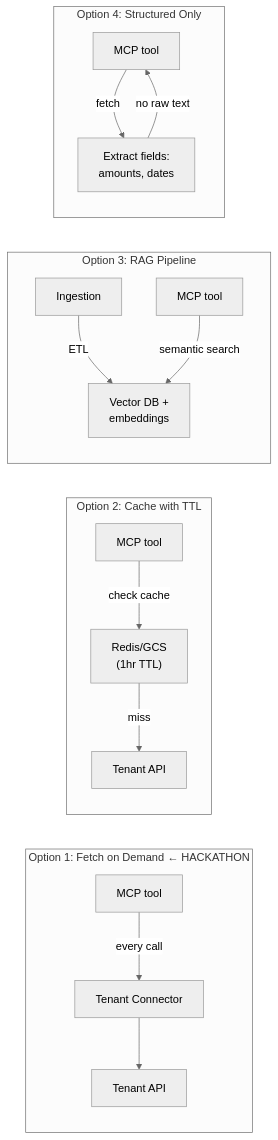
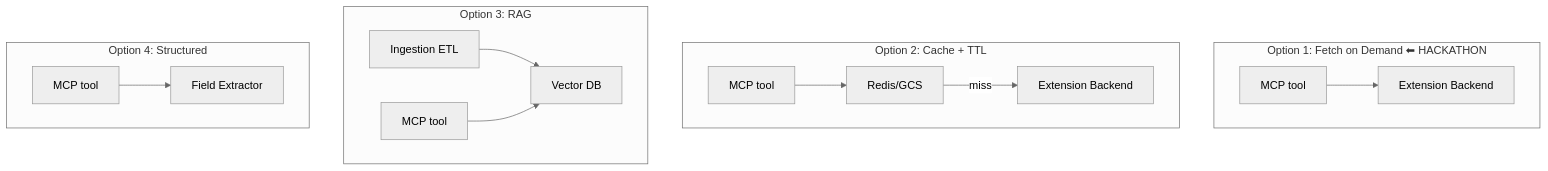
One commit to vinismoraes/hackathon-agent-documents changed diagram 11 of 16 in PLAN.md. Above: the diagram before and after it, drawn with Mermaid (neutral theme). The commit also changed other lines of this file, not shown here.

First line of the commit message:
Simplify Mermaid diagrams for readability

````diff
--- a/PLAN.md
+++ b/PLAN.md
@@ -597,22 +597,20 @@
 ```mermaid
-flowchart LR
-    subgraph "Option 1: Fetch on Demand ← HACKATHON"
-        A1["MCP tool"] -->|"every call"| B1["Tenant Connector"]
-        B1 --> C1["Tenant API"]
+flowchart TD
+    subgraph OPT1 ["Option 1: Fetch on Demand ⬅ HACKATHON"]
+        A1["MCP tool"] --> B1["Extension Backend"]
     end
 
-    subgraph "Option 2: Cache with TTL"
-        A2["MCP tool"] -->|"check cache"| B2["Redis/GCS\n(1hr TTL)"]
-        B2 -->|"miss"| C2["Tenant API"]
+    subgraph OPT2 ["Option 2: Cache + TTL"]
+        A2["MCP tool"] --> B2["Redis/GCS"]
+        B2 -->|"miss"| C2["Extension Backend"]
     end
 
-    subgraph "Option 3: RAG Pipeline"
-        A3["Ingestion"] -->|"ETL"| B3["Vector DB +\nembeddings"]
-        A3b["MCP tool"] -->|"semantic search"| B3
+    subgraph OPT3 ["Option 3: RAG"]
+        A3["Ingestion ETL"] --> B3["Vector DB"]
+        A3b["MCP tool"] --> B3
     end
 
-    subgraph "Option 4: Structured Only"
-        A4["MCP tool"] -->|"fetch"| B4["Extract fields:\namounts, dates"]
-        B4 -->|"no raw text"| A4
+    subgraph OPT4 ["Option 4: Structured"]
+        A4["MCP tool"] --> B4["Field Extractor"]
     end
 ```
````
